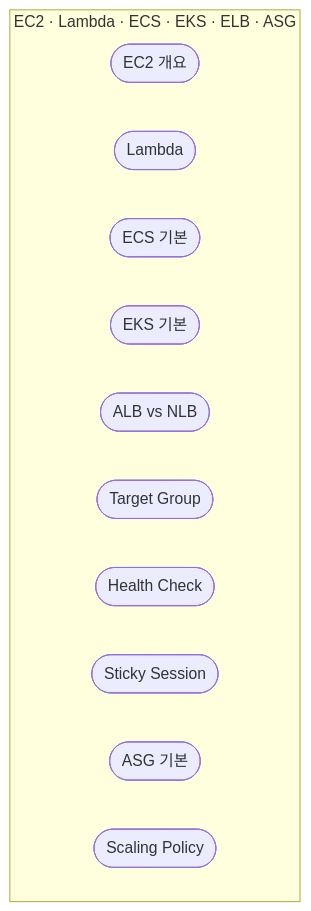
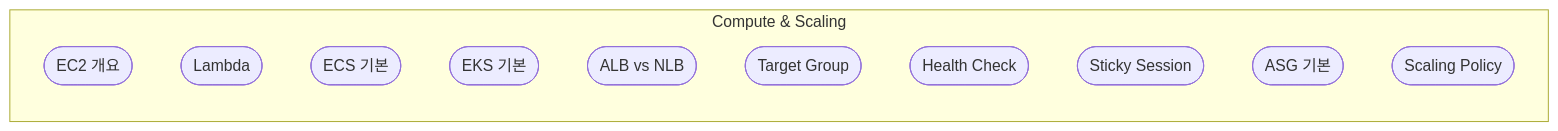
One commit to gwonmin/QuizNox_front changed the fourth of 5 diagrams in public/handbook/aws-common/overview.md. Above: the diagram before and after it, drawn with Mermaid. The commit also changed other lines of this file and 164 other files, not shown here.

First line of the commit message:
feat: update AWS common handbook with new sections and diagrams

````diff
--- a/public/handbook/aws-common/overview.md
+++ b/public/handbook/aws-common/overview.md
@@ -57,15 +73,15 @@
 ```mermaid
-flowchart TB
-  subgraph comp [EC2 · Lambda · ECS · EKS · ELB · ASG]
+flowchart LR
+  subgraph comp [Compute & Scaling]
     EC2([EC2 개요])
     LB([Lambda])
     ECS([ECS 기본])
     EKS([EKS 기본])
     ELB([ALB vs NLB])
     TG([Target Group])
     HC([Health Check])
     ST([Sticky Session])
     ASG([ASG 기본])
     SC([Scaling Policy])
   end
 ```
````
